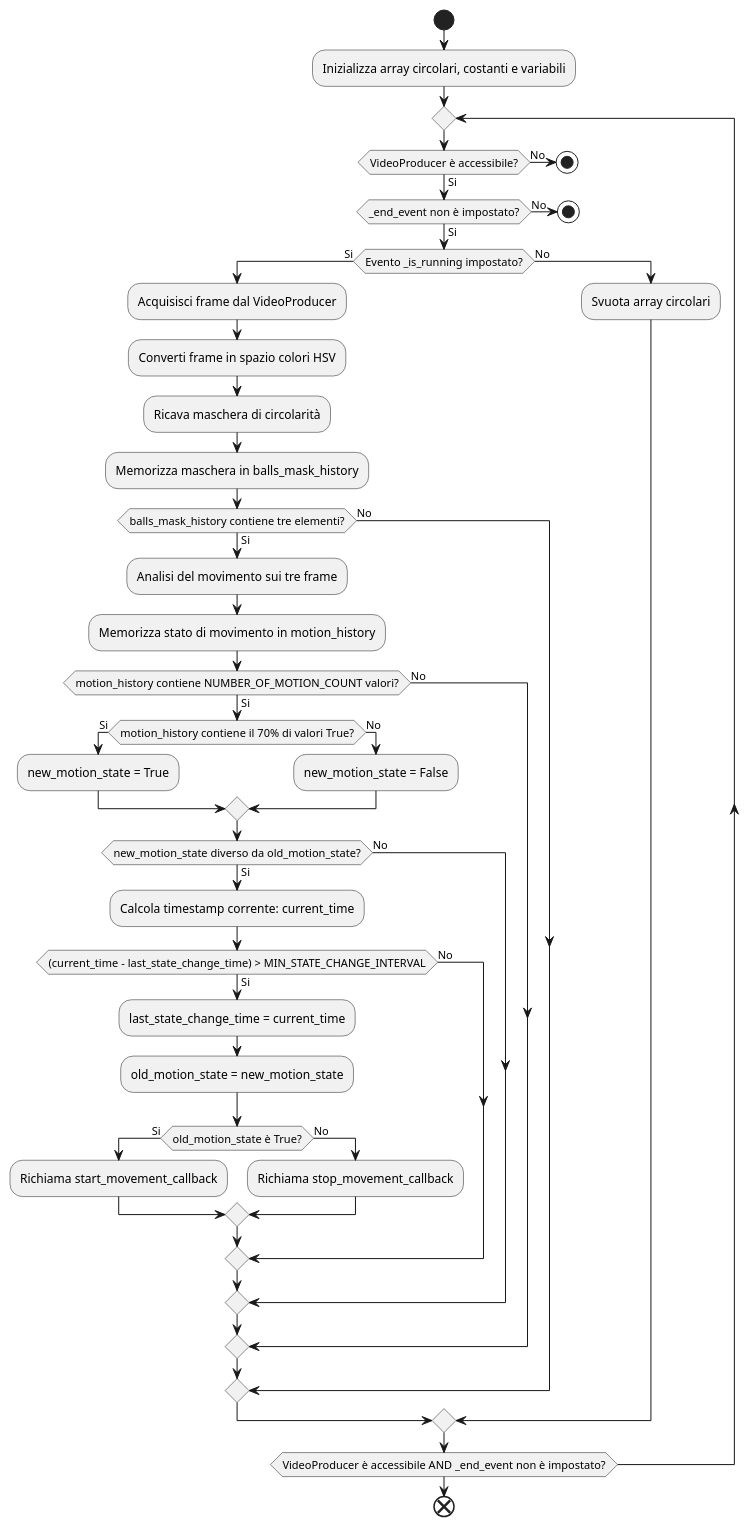
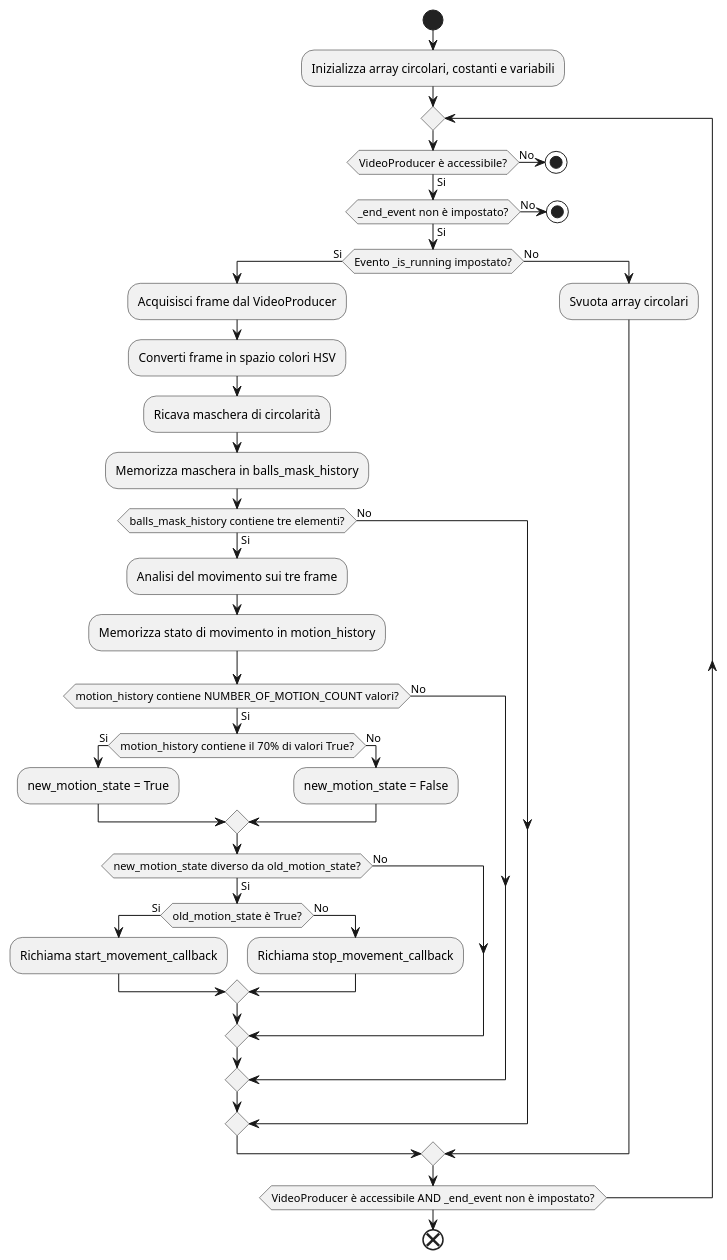
The diagram in doc/diagramma_2.pu (giopalma/ShotClock), drawn with PlantUML before and after one commit. The commit also changed 5 other files, not shown here.

```diff
--- a/doc/diagramma_2.pu
+++ b/doc/diagramma_2.pu
@@ -1,50 +1,44 @@
 @startuml diagramma_videoconsumer
 start
 :Inizializza array circolari, costanti e variabili;
 repeat
     if (VideoProducer è accessibile?) then (Si)
         if (_end_event non è impostato?) then (Si)
             if (Evento _is_running impostato?) then (Si)
                 :Acquisisci frame dal VideoProducer;
                 :Converti frame in spazio colori HSV;
                 :Ricava maschera di circolarità;
                 :Memorizza maschera in balls_mask_history;
                 if (balls_mask_history contiene tre elementi?) then (Si)
                     :Analisi del movimento sui tre frame;
                     :Memorizza stato di movimento in motion_history;
                     if (motion_history contiene NUMBER_OF_MOTION_COUNT valori?) then (Si)
                         if (motion_history contiene il 70% di valori True?) then (Si)
                             :new_motion_state = True;
                         else (No)
                             :new_motion_state = False;
                         endif
                         if (new_motion_state diverso da old_motion_state?) then (Si)
-                            :Calcola timestamp corrente: current_time;
-                            if ((current_time - last_state_change_time) > MIN_STATE_CHANGE_INTERVAL) then (Si)
-                                :last_state_change_time = current_time;
-                                :old_motion_state = new_motion_state;
-                                if (old_motion_state è True?) then (Si)
-                                    :Richiama start_movement_callback;
-                                else (No)
-                                    :Richiama stop_movement_callback;
-                                endif
+                            if (old_motion_state è True?) then (Si)
+                                :Richiama start_movement_callback;
                             else (No)
+                                :Richiama stop_movement_callback;
                             endif
                         else (No)
                         endif
                     else (No)
                     endif
                 else (No)
                 endif
             else (No)
                 :Svuota array circolari;
             endif
         else (No)
             stop
         endif
     else (No)
         stop
     endif
 repeat while (VideoProducer è accessibile AND _end_event non è impostato?)
 end
 @enduml
```
